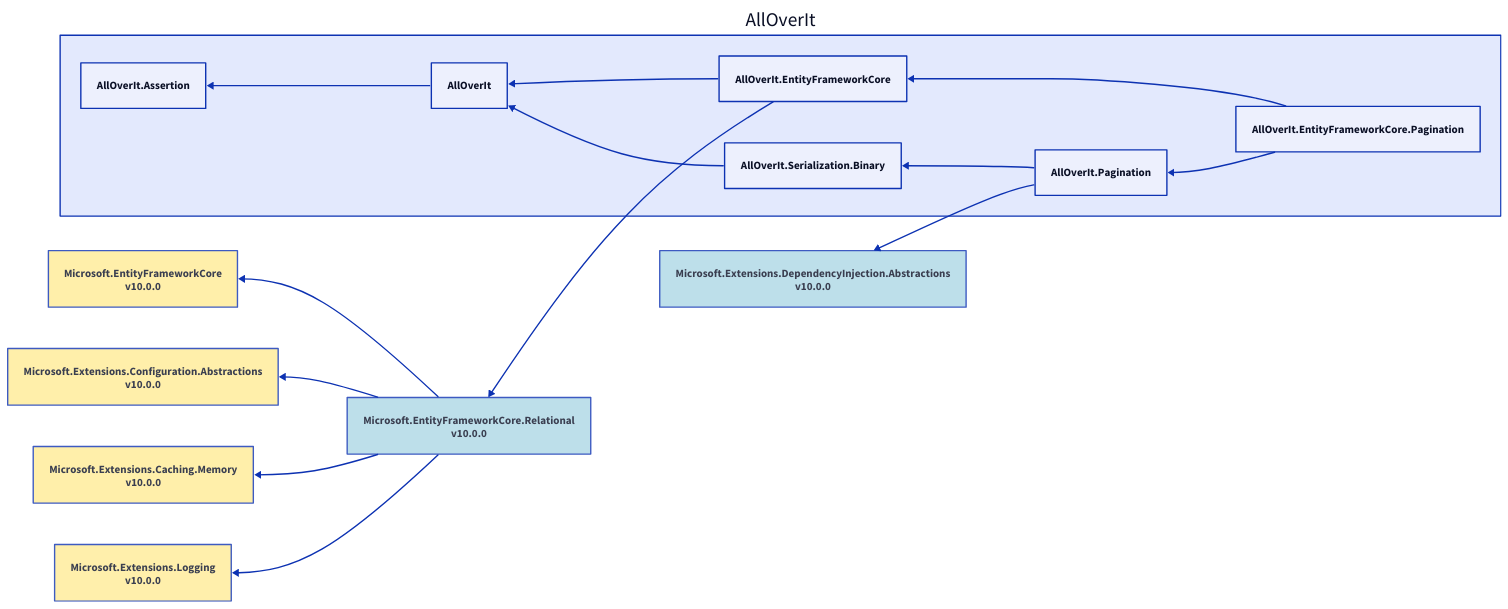
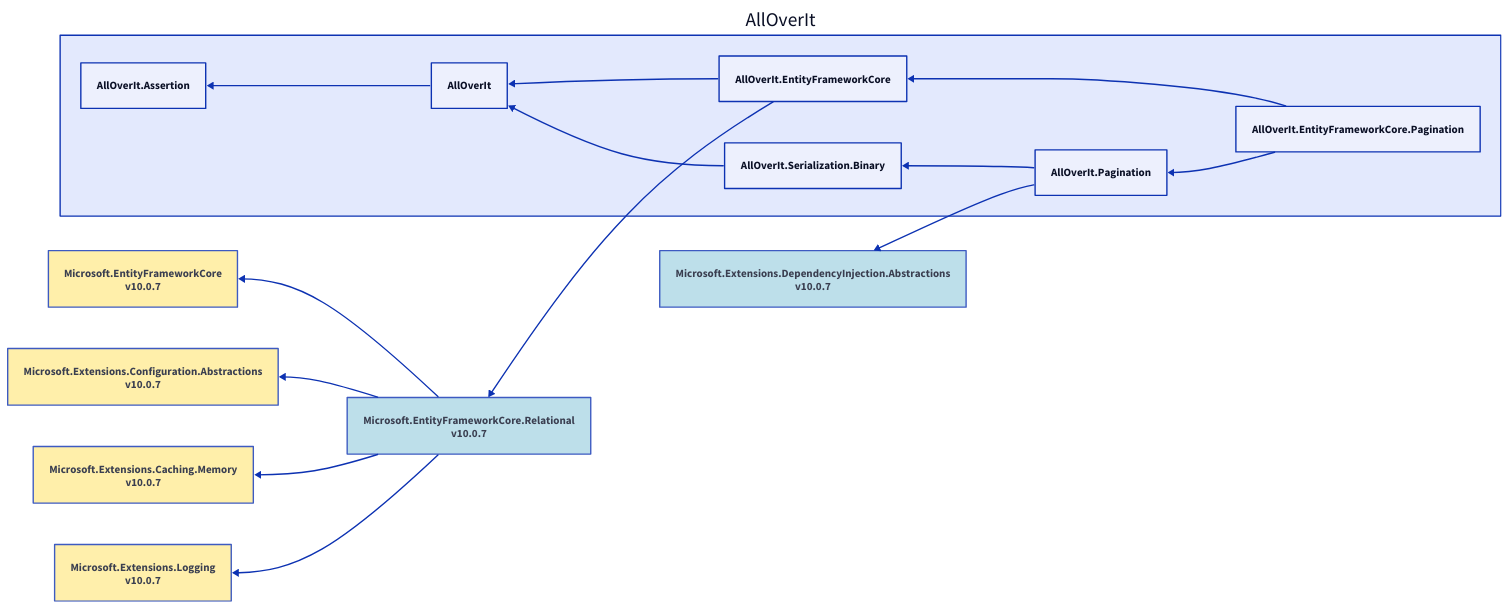
Before and after one commit to mjfreelancing/AllOverIt: the diagram in Docs/Reference/Content/images/dependencies/net10.0/alloverit-entityframeworkcore-pagination.d2, drawn with D2. The commit also changed 132 other files, not shown here.

```diff
--- a/Docs/Reference/Content/images/dependencies/net10.0/alloverit-entityframeworkcore-pagination.d2
+++ b/Docs/Reference/Content/images/dependencies/net10.0/alloverit-entityframeworkcore-pagination.d2
@@ -1,39 +1,39 @@
 direction: left
 
 aoi: AllOverIt
 aoi.alloverit-entityframeworkcore-pagination: AllOverIt.EntityFrameworkCore.Pagination
 aoi.alloverit-entityframeworkcore: AllOverIt.EntityFrameworkCore
-microsoft-entityframeworkcore-relational_10-0-0: Microsoft.EntityFrameworkCore.Relational\nv10.0.0
-microsoft-entityframeworkcore-relational_10-0-0.style.fill: "#ADD8E6"
-microsoft-entityframeworkcore-relational_10-0-0.style.opacity: 0.8
-microsoft-entityframeworkcore_10-0-0: Microsoft.EntityFrameworkCore\nv10.0.0
-microsoft-entityframeworkcore_10-0-0.style.fill: "#FFEC96"
-microsoft-entityframeworkcore_10-0-0.style.opacity: 0.8
-microsoft-entityframeworkcore_10-0-0 <- microsoft-entityframeworkcore-relational_10-0-0
-microsoft-extensions-configuration-abstractions_10-0-0: Microsoft.Extensions.Configuration.Abstractions\nv10.0.0
-microsoft-extensions-configuration-abstractions_10-0-0.style.fill: "#FFEC96"
-microsoft-extensions-configuration-abstractions_10-0-0.style.opacity: 0.8
-microsoft-extensions-configuration-abstractions_10-0-0 <- microsoft-entityframeworkcore-relational_10-0-0
-microsoft-extensions-caching-memory_10-0-0: Microsoft.Extensions.Caching.Memory\nv10.0.0
-microsoft-extensions-caching-memory_10-0-0.style.fill: "#FFEC96"
-microsoft-extensions-caching-memory_10-0-0.style.opacity: 0.8
-microsoft-extensions-caching-memory_10-0-0 <- microsoft-entityframeworkcore-relational_10-0-0
-microsoft-extensions-logging_10-0-0: Microsoft.Extensions.Logging\nv10.0.0
-microsoft-extensions-logging_10-0-0.style.fill: "#FFEC96"
-microsoft-extensions-logging_10-0-0.style.opacity: 0.8
-microsoft-extensions-logging_10-0-0 <- microsoft-entityframeworkcore-relational_10-0-0
-microsoft-entityframeworkcore-relational_10-0-0 <- aoi.alloverit-entityframeworkcore
+microsoft-entityframeworkcore-relational_10-0-7: Microsoft.EntityFrameworkCore.Relational\nv10.0.7
+microsoft-entityframeworkcore-relational_10-0-7.style.fill: "#ADD8E6"
+microsoft-entityframeworkcore-relational_10-0-7.style.opacity: 0.8
+microsoft-entityframeworkcore_10-0-7: Microsoft.EntityFrameworkCore\nv10.0.7
+microsoft-entityframeworkcore_10-0-7.style.fill: "#FFEC96"
+microsoft-entityframeworkcore_10-0-7.style.opacity: 0.8
+microsoft-entityframeworkcore_10-0-7 <- microsoft-entityframeworkcore-relational_10-0-7
+microsoft-extensions-configuration-abstractions_10-0-7: Microsoft.Extensions.Configuration.Abstractions\nv10.0.7
+microsoft-extensions-configuration-abstractions_10-0-7.style.fill: "#FFEC96"
+microsoft-extensions-configuration-abstractions_10-0-7.style.opacity: 0.8
+microsoft-extensions-configuration-abstractions_10-0-7 <- microsoft-entityframeworkcore-relational_10-0-7
+microsoft-extensions-caching-memory_10-0-7: Microsoft.Extensions.Caching.Memory\nv10.0.7
+microsoft-extensions-caching-memory_10-0-7.style.fill: "#FFEC96"
+microsoft-extensions-caching-memory_10-0-7.style.opacity: 0.8
+microsoft-extensions-caching-memory_10-0-7 <- microsoft-entityframeworkcore-relational_10-0-7
+microsoft-extensions-logging_10-0-7: Microsoft.Extensions.Logging\nv10.0.7
+microsoft-extensions-logging_10-0-7.style.fill: "#FFEC96"
+microsoft-extensions-logging_10-0-7.style.opacity: 0.8
+microsoft-extensions-logging_10-0-7 <- microsoft-entityframeworkcore-relational_10-0-7
+microsoft-entityframeworkcore-relational_10-0-7 <- aoi.alloverit-entityframeworkcore
 aoi.alloverit: AllOverIt
 aoi.alloverit-assertion: AllOverIt.Assertion
 aoi.alloverit-assertion <- aoi.alloverit
 aoi.alloverit <- aoi.alloverit-entityframeworkcore
 aoi.alloverit-entityframeworkcore <- aoi.alloverit-entityframeworkcore-pagination
 aoi.alloverit-pagination: AllOverIt.Pagination
-microsoft-extensions-dependencyinjection-abstractions_10-0-0: Microsoft.Extensions.DependencyInjection.Abstractions\nv10.0.0
-microsoft-extensions-dependencyinjection-abstractions_10-0-0.style.fill: "#ADD8E6"
-microsoft-extensions-dependencyinjection-abstractions_10-0-0.style.opacity: 0.8
-microsoft-extensions-dependencyinjection-abstractions_10-0-0 <- aoi.alloverit-pagination
+microsoft-extensions-dependencyinjection-abstractions_10-0-7: Microsoft.Extensions.DependencyInjection.Abstractions\nv10.0.7
+microsoft-extensions-dependencyinjection-abstractions_10-0-7.style.fill: "#ADD8E6"
+microsoft-extensions-dependencyinjection-abstractions_10-0-7.style.opacity: 0.8
+microsoft-extensions-dependencyinjection-abstractions_10-0-7 <- aoi.alloverit-pagination
 aoi.alloverit-serialization-binary: AllOverIt.Serialization.Binary
 aoi.alloverit <- aoi.alloverit-serialization-binary
 aoi.alloverit-serialization-binary <- aoi.alloverit-pagination
 aoi.alloverit-pagination <- aoi.alloverit-entityframeworkcore-pagination
```
